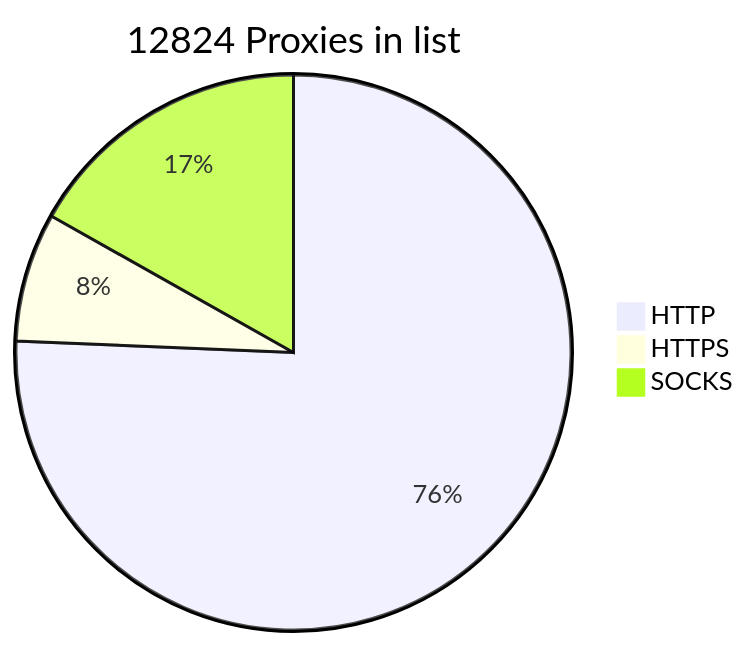
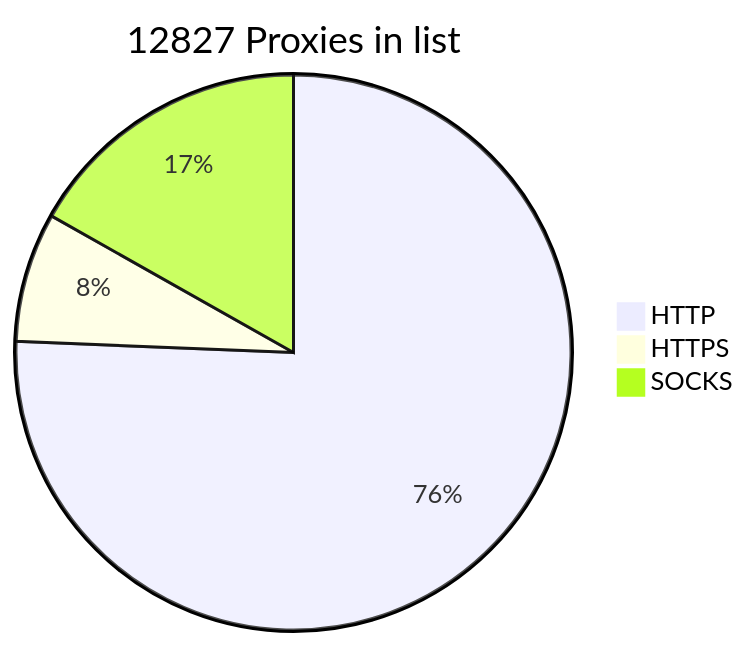
Before and after one commit to BlackSnowDot/proxylist-update-every-minute: the diagram in README.md, drawn with Mermaid.

````diff
--- a/README.md
+++ b/README.md
@@ -2,6 +2,6 @@
 ```mermaid
-pie title 12824 Proxies in list
+pie title 12827 Proxies in list
     "HTTP" : 9878
-    "HTTPS": 981
+    "HTTPS": 984
     "SOCKS" : 2197
 ```
````
